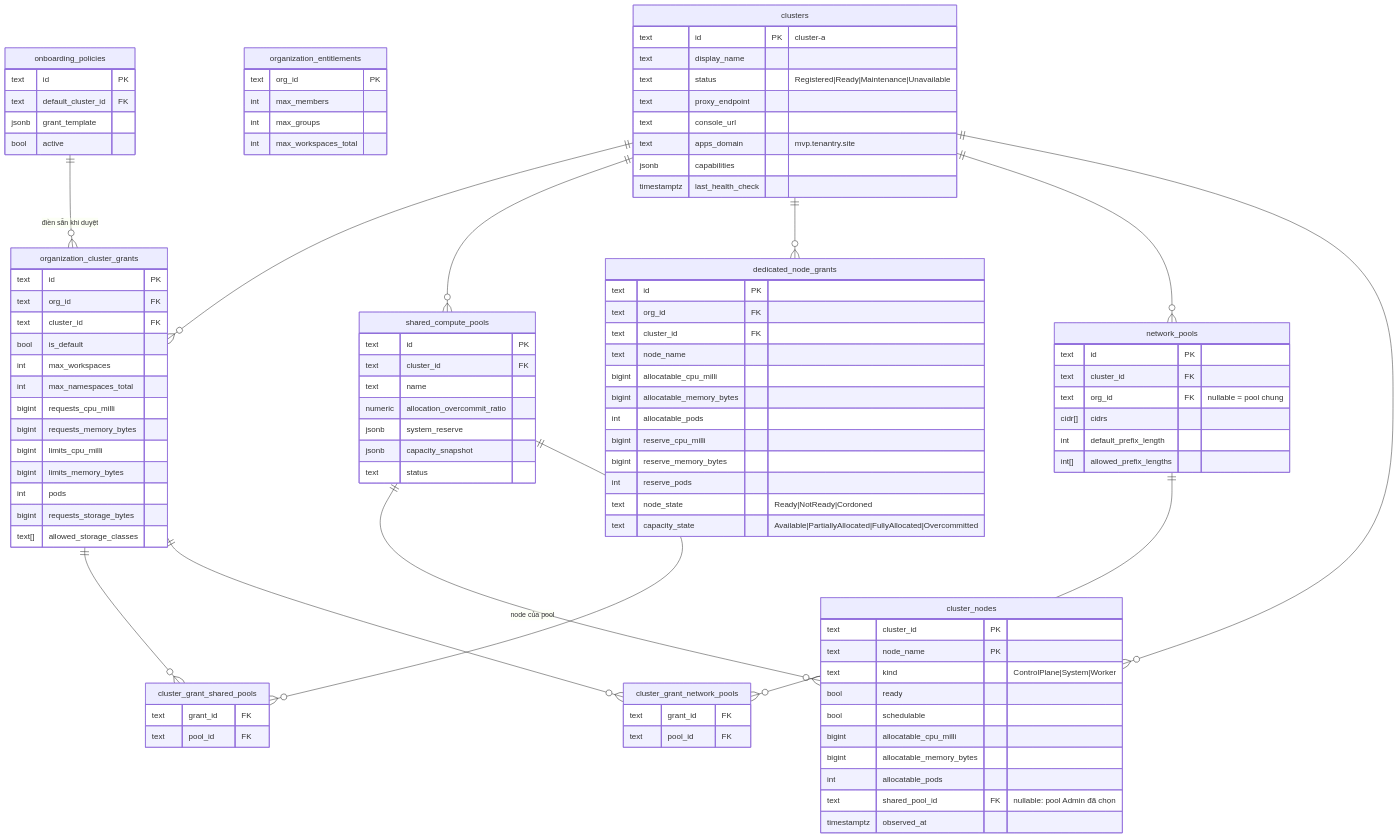
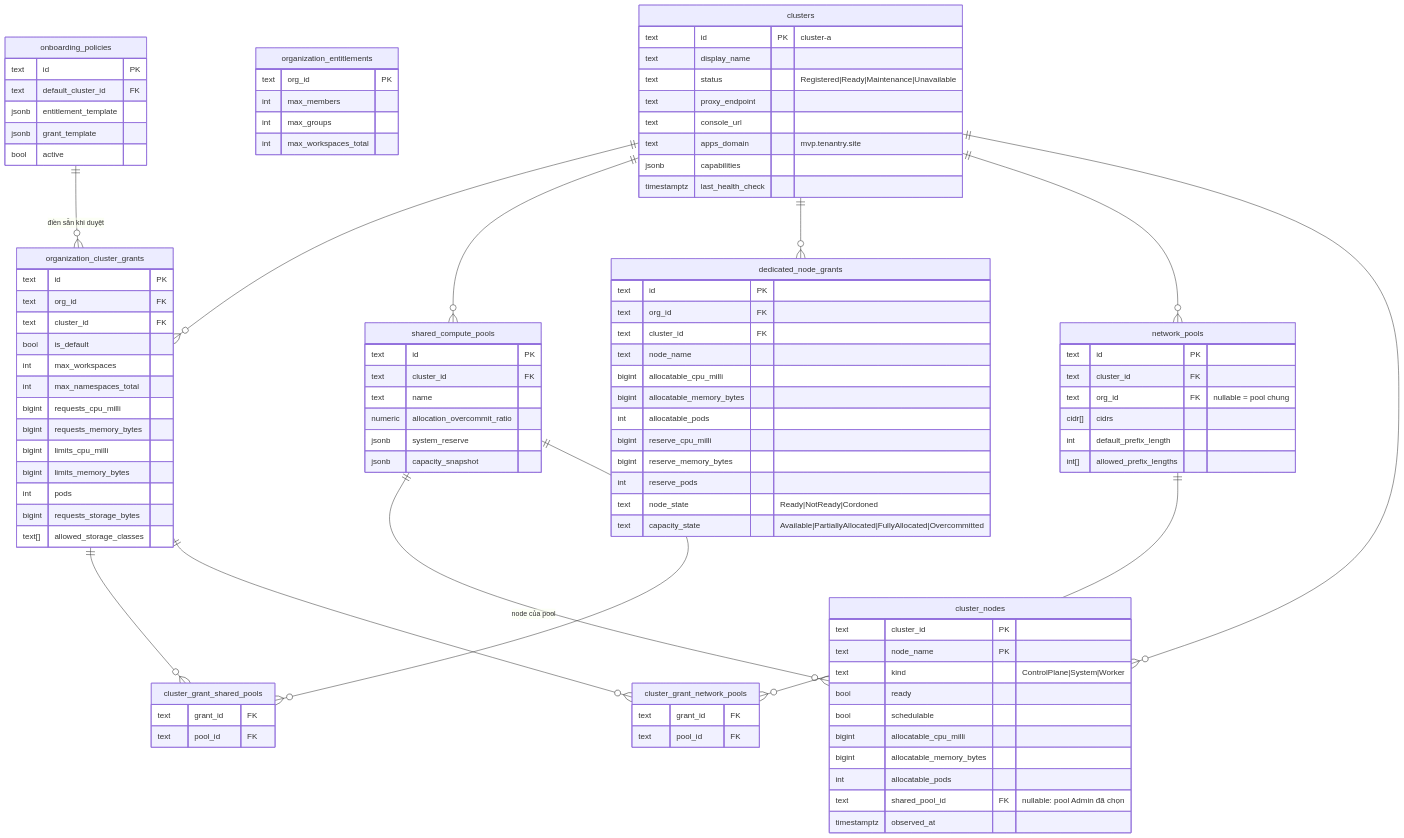
The third of 5 diagrams in docs/architecture/02-data-model.md (thaihoc1310/tenantry), drawn with Mermaid before and after one commit. The commit also changed other lines of this file and 2 other files, not shown here.

Commit message:
docs(plan): entitlement template in the onboarding policy, pool ids as admin-chosen DNS labels, a grant needs a network pool, and maxGroups counts the default groups

```diff
--- a/docs/architecture/02-data-model.md
+++ b/docs/architecture/02-data-model.md
@@ -202,6 +202,7 @@
   onboarding_policies {
     text id PK
     text default_cluster_id FK
+    jsonb entitlement_template
     jsonb grant_template
     bool active
   }
@@ -227,7 +228,6 @@
     numeric allocation_overcommit_ratio
     jsonb system_reserve
     jsonb capacity_snapshot
-    text status
   }
   cluster_grant_shared_pools {
     text grant_id FK
```
